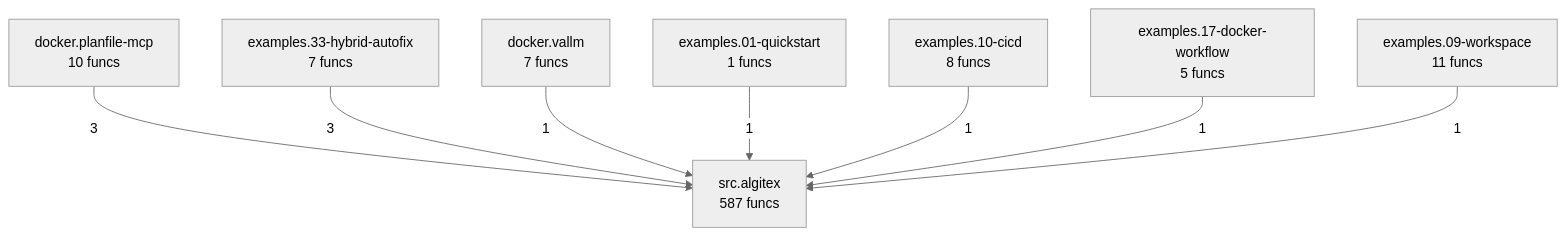
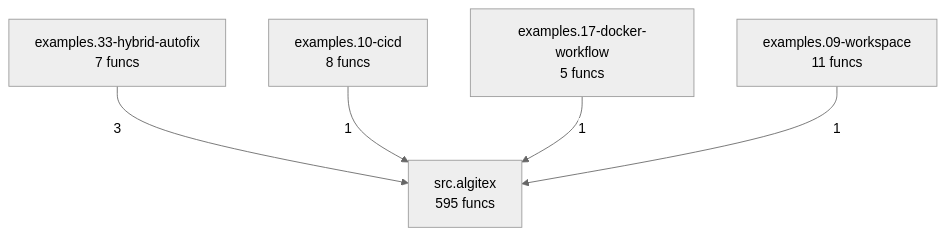
Before and after one commit to semcod/algitex: the diagram in project/compact_flow.mmd, drawn with Mermaid (neutral theme). The commit also changed 33 other files, not shown here.

```diff
--- a/project/compact_flow.mmd
+++ b/project/compact_flow.mmd
@@ -1,16 +1,10 @@
 flowchart TD
-    docker__planfile_mcp["docker.planfile-mcp<br/>10 funcs"]
-    docker__vallm["docker.vallm<br/>7 funcs"]
-    examples__01_quickstart["examples.01-quickstart<br/>1 funcs"]
     examples__09_workspace["examples.09-workspace<br/>11 funcs"]
     examples__10_cicd["examples.10-cicd<br/>8 funcs"]
     examples__17_docker_workflow["examples.17-docker-workflow<br/>5 funcs"]
     examples__33_hybrid_autofix["examples.33-hybrid-autofix<br/>7 funcs"]
-    src__algitex["src.algitex<br/>587 funcs"]
-    docker__planfile_mcp -->|3| src__algitex
+    src__algitex["src.algitex<br/>595 funcs"]
     examples__33_hybrid_autofix -->|3| src__algitex
-    docker__vallm -->|1| src__algitex
-    examples__01_quickstart -->|1| src__algitex
     examples__10_cicd -->|1| src__algitex
     examples__17_docker_workflow -->|1| src__algitex
     examples__09_workspace -->|1| src__algitex
```
